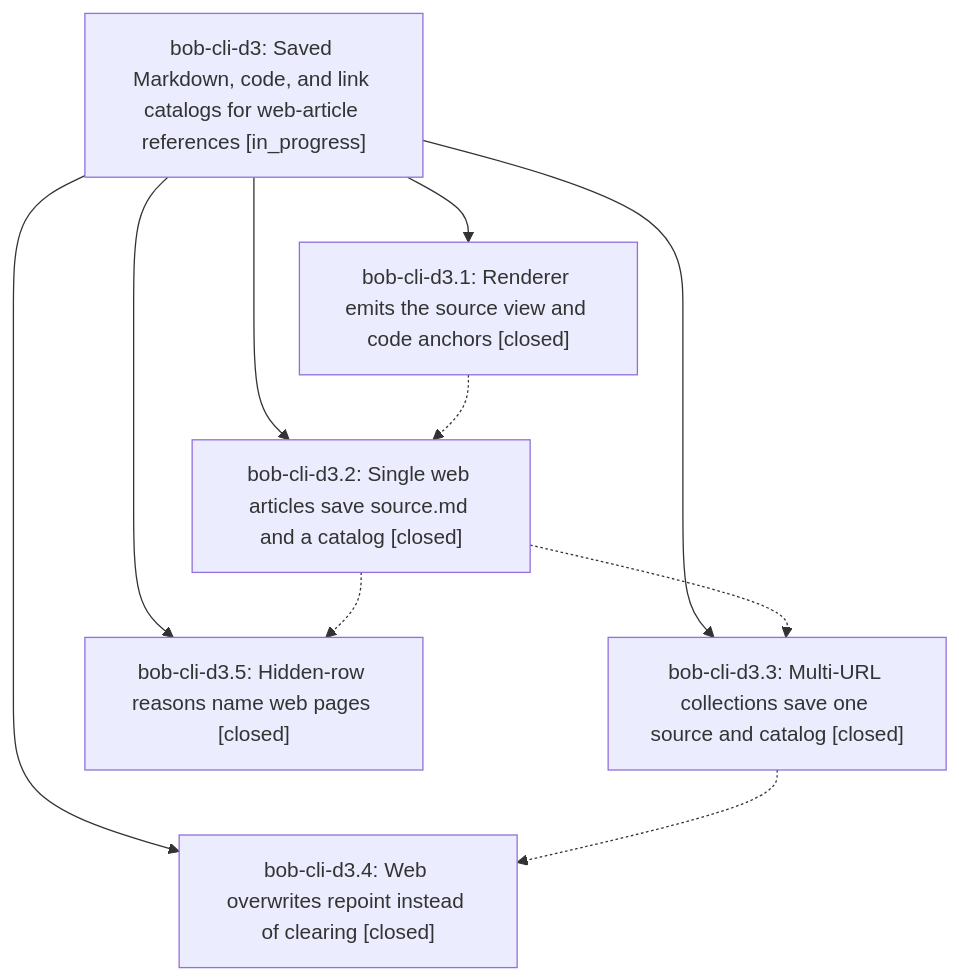
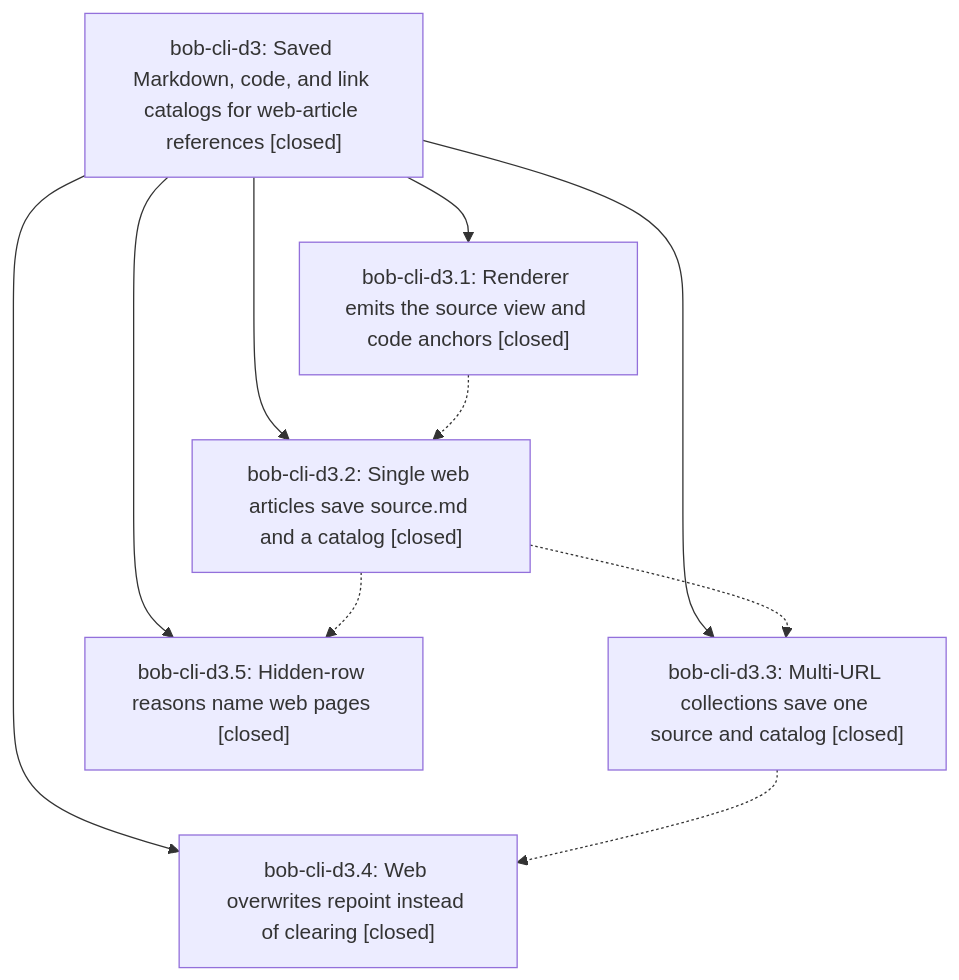
One commit to bobs-org/bob-cli--beads changed the diagram in pages/bob-cli-d3/README.md. Above: the diagram before and after it, drawn with Mermaid. The commit also changed other lines of this file and 2 other files, not shown here.

First line of the commit message:
chore(beads): sync bead state and pages for bob-cli-d3

````diff
--- a/pages/bob-cli-d3/README.md
+++ b/pages/bob-cli-d3/README.md
@@ -40,18 +46,18 @@
 ```mermaid
 flowchart TD
-    n0["bob-cli-d3: Saved Markdown, code, and link catalogs for web-article references [in_progress]"]
+    n0["bob-cli-d3: Saved Markdown, code, and link catalogs for web-article references [closed]"]
     n1["bob-cli-d3.1: Renderer emits the source view and code anchors [closed]"]
     n2["bob-cli-d3.2: Single web articles save source.md and a catalog [closed]"]
     n3["bob-cli-d3.3: Multi-URL collections save one source and catalog [closed]"]
     n4["bob-cli-d3.4: Web overwrites repoint instead of clearing [closed]"]
     n5["bob-cli-d3.5: Hidden-row reasons name web pages [closed]"]
     n0 --> n1
     n0 --> n2
     n0 --> n3
     n0 --> n4
     n0 --> n5
     n1 -.-> n2
     n2 -.-> n3
     n2 -.-> n5
     n3 -.-> n4
 ```
````
